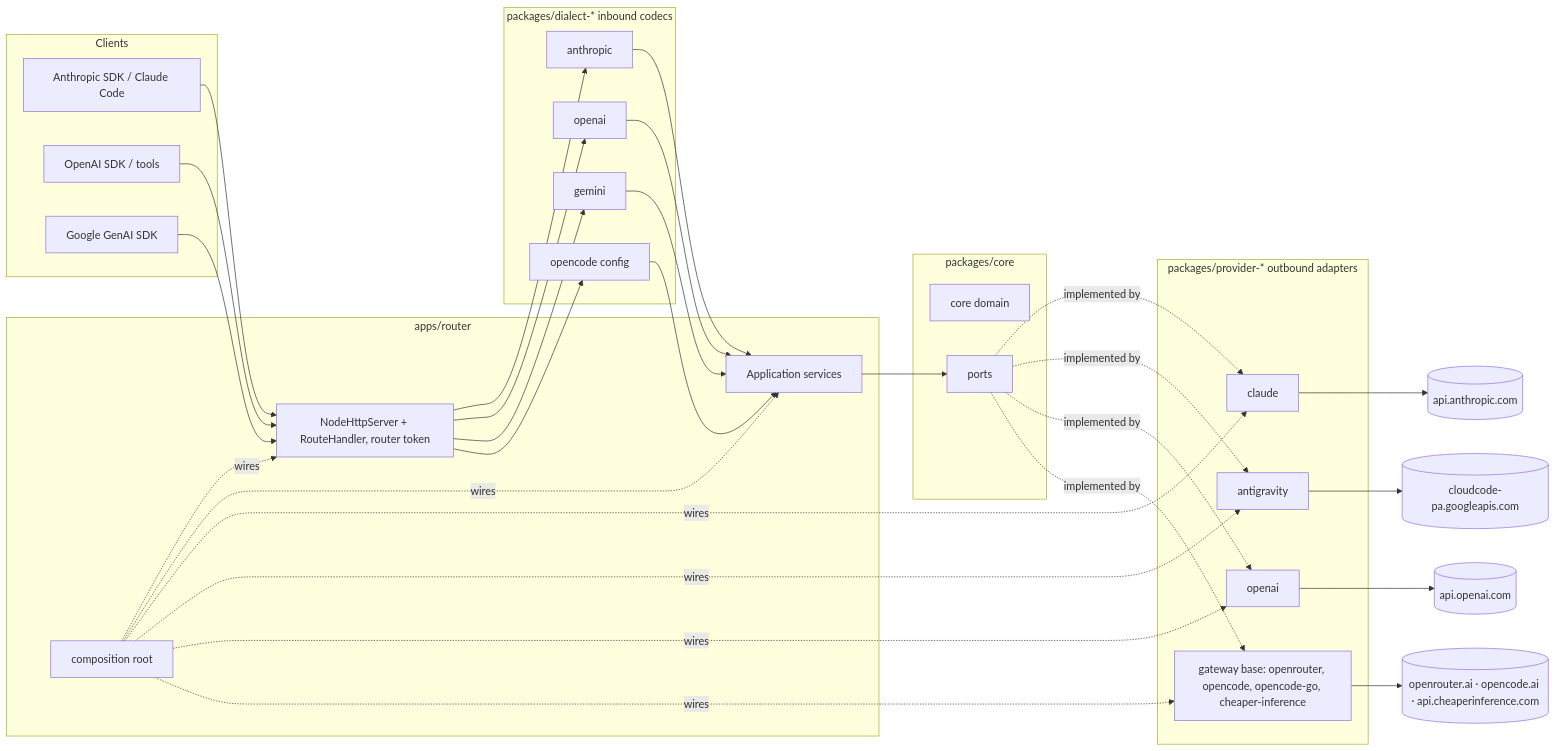
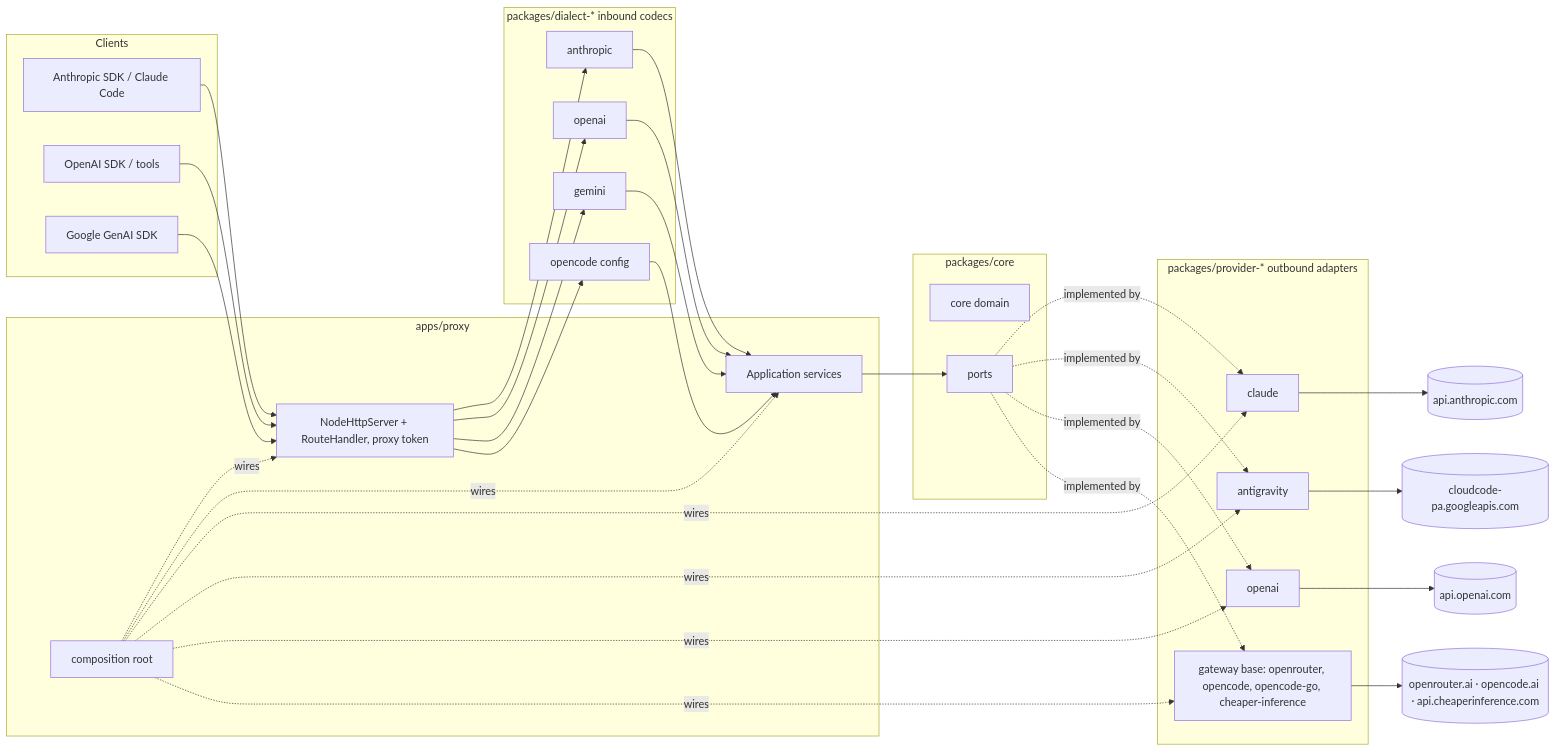
Before and after one commit to mavasbel-devtools/accounts-proxy: the diagram in README.md, drawn with Mermaid. The commit also changed other lines of this file and 301 other files, not shown here.

````diff
--- a/README.md
+++ b/README.md
@@ -192,40 +192,40 @@
 ```mermaid
 flowchart LR
   subgraph Clients
     A[Anthropic SDK / Claude Code]
     O[OpenAI SDK / tools]
     G[Google GenAI SDK]
   end
-  subgraph apps/router
-    H[NodeHttpServer + RouteHandler, router token]
+  subgraph apps/proxy
+    H[NodeHttpServer + RouteHandler, proxy token]
     S[Application services]
     C[composition root]
   end
   subgraph dialects[packages/dialect-*  inbound codecs]
     DA[anthropic]
     DO[openai]
     DG[gemini]
     DC[opencode config]
   end
   subgraph core[packages/core]
     D[core domain]
     P[ports]
   end
   subgraph providers[packages/provider-*  outbound adapters]
     PC[claude]
     PA[antigravity]
     PO[openai]
     PG[gateway base: openrouter, opencode, opencode-go, cheaper-inference]
   end
   A --> H
   O --> H
   G --> H
   H --> DA & DO & DG & DC --> S
   S --> P
   P -.implemented by.-> PC & PA & PO & PG
   PC --> X[(api.anthropic.com)]
   PA --> Y[(cloudcode-pa.googleapis.com)]
   PO --> Z[(api.openai.com)]
   PG --> W[(openrouter.ai · opencode.ai · api.cheaperinference.com)]
   C -.wires.-> H & S & PC & PA & PO & PG
 ```
````
